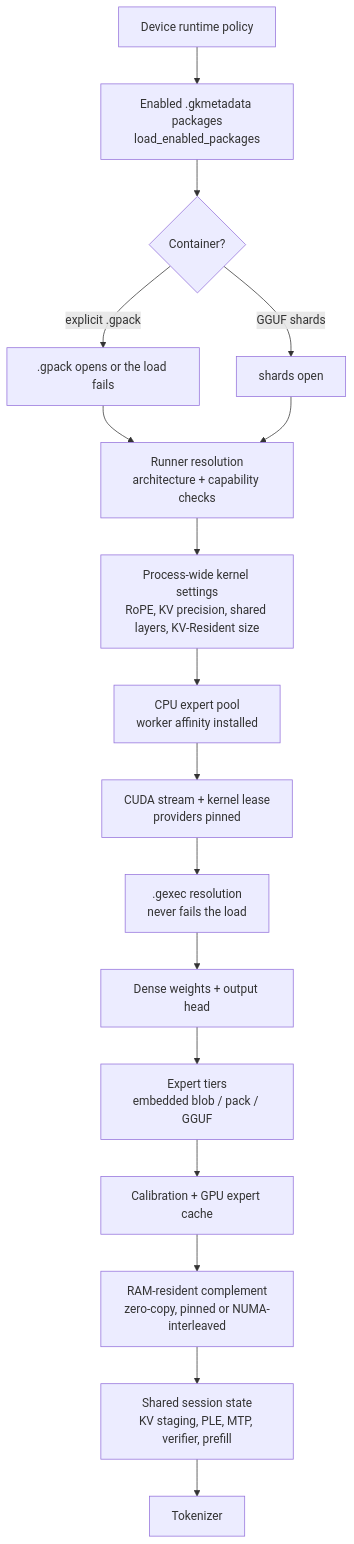
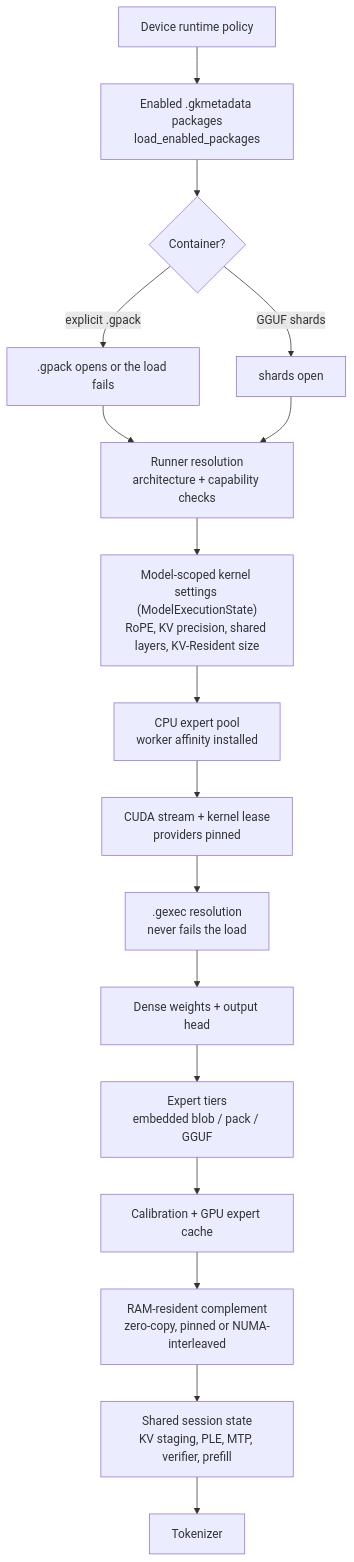
One commit to guild-inference/Guild changed the first of 2 diagrams in docs/architecture/EXECUTION_LIFECYCLE.md. Above: the diagram before and after it, drawn with Mermaid. The commit also changed other lines of this file and 2 other files, not shown here.

Commit message:
Document Phase 5.6 server lifecycle and per-model isolation validation

````diff
--- a/docs/architecture/EXECUTION_LIFECYCLE.md
+++ b/docs/architecture/EXECUTION_LIFECYCLE.md
@@ -14,19 +14,19 @@
 ```mermaid
 flowchart TB
     a["Device runtime policy"] --> b["Enabled .gkmetadata packages<br/>load_enabled_packages"]
     b --> c{"Container?"}
     c -->|"explicit .gpack"| d[".gpack opens or the load fails"]
     c -->|"GGUF shards"| e["shards open"]
     d --> f["Runner resolution<br/>architecture + capability checks"]
     e --> f
-    f --> g["Process-wide kernel settings<br/>RoPE, KV precision, shared layers, KV-Resident size"]
+    f --> g["Model-scoped kernel settings (ModelExecutionState)<br/>RoPE, KV precision, shared layers, KV-Resident size"]
     g --> h["CPU expert pool<br/>worker affinity installed"]
     h --> i["CUDA stream + kernel lease<br/>providers pinned"]
     i --> j[".gexec resolution<br/>never fails the load"]
     j --> k["Dense weights + output head"]
     k --> l["Expert tiers<br/>embedded blob / pack / GGUF"]
     l --> m["Calibration + GPU expert cache"]
     m --> n["RAM-resident complement<br/>zero-copy, pinned or NUMA-interleaved"]
     n --> o["Shared session state<br/>KV staging, PLE, MTP, verifier, prefill"]
     o --> p["Tokenizer"]
 ```
````
